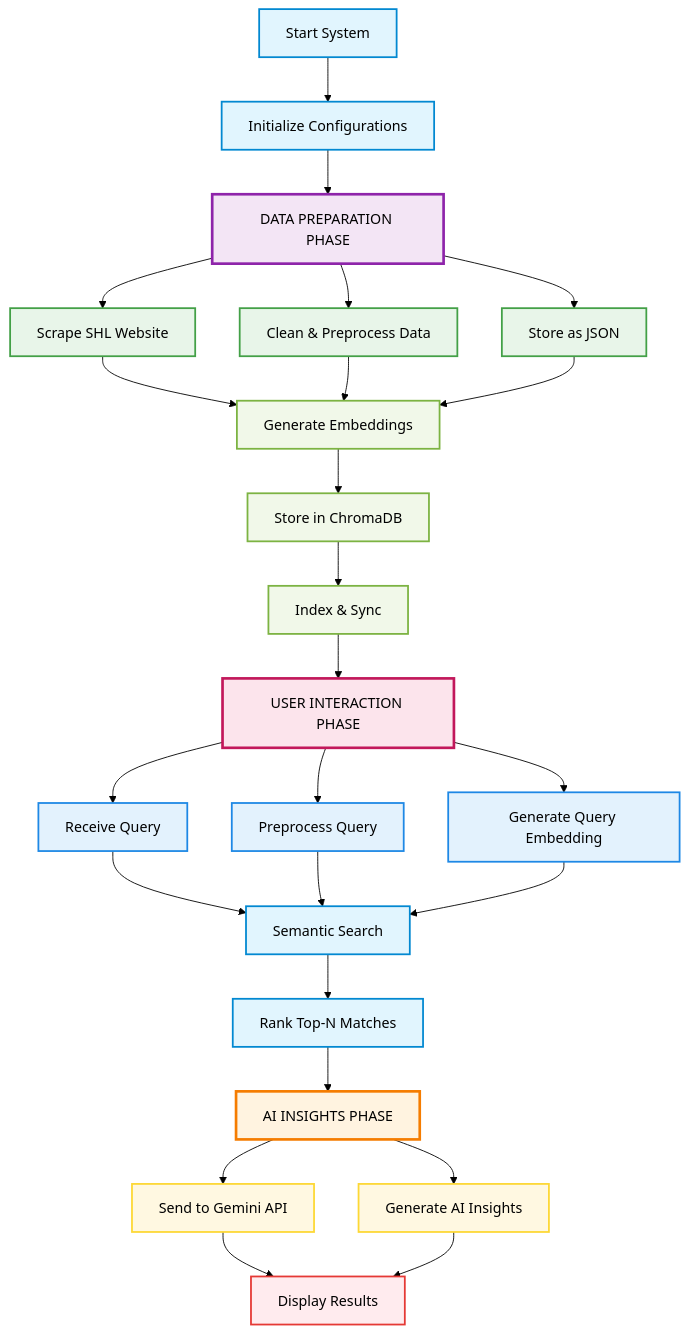
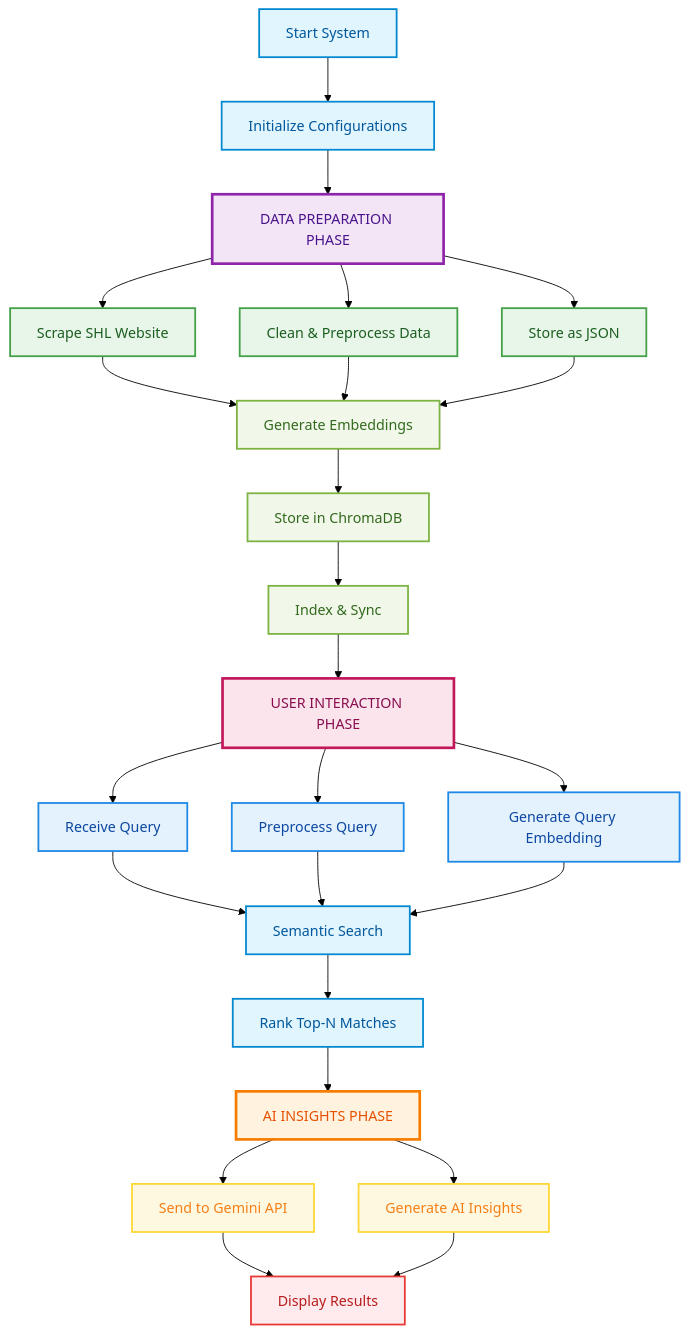
Before and after one commit to manojkp08/talentlens: the diagram in README.md, drawn with Mermaid (forest theme). The commit also changed other lines of this file, not shown here.

Commit message:
Revise README with project overview and links
Updated README to include project details and links.

````diff
--- a/README.md
+++ b/README.md
@@ -47,54 +47,54 @@
 ``` mermaid
 graph TB
     %% INITIALIZATION %%
     Start[Start System] --> Config[Initialize Configurations]
     
     %% DATA PREPARATION %%
     Config --> PrepPhase[DATA PREPARATION PHASE]
     PrepPhase --> Row1A[Scrape SHL Website]
     PrepPhase --> Row1B[Clean & Preprocess Data]
     PrepPhase --> Row1C[Store as JSON]
     Row1A --> Row2A[Generate Embeddings]
     Row1B --> Row2A
     Row1C --> Row2A
     Row2A --> Row2B[Store in ChromaDB]
     Row2B --> Row2C[Index & Sync]
     
     %% USER INTERACTION %%
     Row2C --> QueryPhase[USER INTERACTION PHASE]
     QueryPhase --> Row3A[Receive Query]
     QueryPhase --> Row3B[Preprocess Query]
     QueryPhase --> Row3C[Generate Query Embedding]
     Row3A --> Row4A[Semantic Search]
     Row3B --> Row4A
     Row3C --> Row4A
     Row4A --> Row4B[Rank Top-N Matches]
     
     %% INSIGHTS %%
     Row4B --> InsightPhase[AI INSIGHTS PHASE]
     InsightPhase --> Row5A[Send to Gemini API]
     InsightPhase --> Row5B[Generate AI Insights]
     Row5A --> End[Display Results]
     Row5B --> End
     
-    %% STYLING %%
-    style Start fill:#e1f5fe,stroke:#0288d1,stroke-width:2px
-    style Config fill:#e1f5fe,stroke:#0288d1,stroke-width:2px
-    style PrepPhase fill:#f3e5f5,stroke:#8e24aa,stroke-width:3px
-    style QueryPhase fill:#fce4ec,stroke:#c2185b,stroke-width:3px
-    style InsightPhase fill:#fff3e0,stroke:#f57c00,stroke-width:3px
-    style Row1A fill:#e8f5e9,stroke:#43a047,stroke-width:2px
-    style Row1B fill:#e8f5e9,stroke:#43a047,stroke-width:2px
-    style Row1C fill:#e8f5e9,stroke:#43a047,stroke-width:2px
-    style Row2A fill:#f1f8e9,stroke:#7cb342,stroke-width:2px
-    style Row2B fill:#f1f8e9,stroke:#7cb342,stroke-width:2px
-    style Row2C fill:#f1f8e9,stroke:#7cb342,stroke-width:2px
-    style Row3A fill:#e3f2fd,stroke:#1e88e5,stroke-width:2px
-    style Row3B fill:#e3f2fd,stroke:#1e88e5,stroke-width:2px
-    style Row3C fill:#e3f2fd,stroke:#1e88e5,stroke-width:2px
-    style Row4A fill:#e1f5fe,stroke:#0288d1,stroke-width:2px
-    style Row4B fill:#e1f5fe,stroke:#0288d1,stroke-width:2px
-    style Row5A fill:#fff8e1,stroke:#fdd835,stroke-width:2px
-    style Row5B fill:#fff8e1,stroke:#fdd835,stroke-width:2px
-    style End fill:#ffebee,stroke:#e53935,stroke-width:2px
+    %% STYLING WITH DARK TEXT %%
+    style Start fill:#e1f5fe,stroke:#0288d1,stroke-width:2px,color:#01579b
+    style Config fill:#e1f5fe,stroke:#0288d1,stroke-width:2px,color:#01579b
+    style PrepPhase fill:#f3e5f5,stroke:#8e24aa,stroke-width:3px,color:#4a148c
+    style QueryPhase fill:#fce4ec,stroke:#c2185b,stroke-width:3px,color:#880e4f
+    style InsightPhase fill:#fff3e0,stroke:#f57c00,stroke-width:3px,color:#e65100
+    style Row1A fill:#e8f5e9,stroke:#43a047,stroke-width:2px,color:#1b5e20
+    style Row1B fill:#e8f5e9,stroke:#43a047,stroke-width:2px,color:#1b5e20
+    style Row1C fill:#e8f5e9,stroke:#43a047,stroke-width:2px,color:#1b5e20
+    style Row2A fill:#f1f8e9,stroke:#7cb342,stroke-width:2px,color:#33691e
+    style Row2B fill:#f1f8e9,stroke:#7cb342,stroke-width:2px,color:#33691e
+    style Row2C fill:#f1f8e9,stroke:#7cb342,stroke-width:2px,color:#33691e
+    style Row3A fill:#e3f2fd,stroke:#1e88e5,stroke-width:2px,color:#0d47a1
+    style Row3B fill:#e3f2fd,stroke:#1e88e5,stroke-width:2px,color:#0d47a1
+    style Row3C fill:#e3f2fd,stroke:#1e88e5,stroke-width:2px,color:#0d47a1
+    style Row4A fill:#e1f5fe,stroke:#0288d1,stroke-width:2px,color:#01579b
+    style Row4B fill:#e1f5fe,stroke:#0288d1,stroke-width:2px,color:#01579b
+    style Row5A fill:#fff8e1,stroke:#fdd835,stroke-width:2px,color:#f57f17
+    style Row5B fill:#fff8e1,stroke:#fdd835,stroke-width:2px,color:#f57f17
+    style End fill:#ffebee,stroke:#e53935,stroke-width:2px,color:#b71c1c
 ```
````
